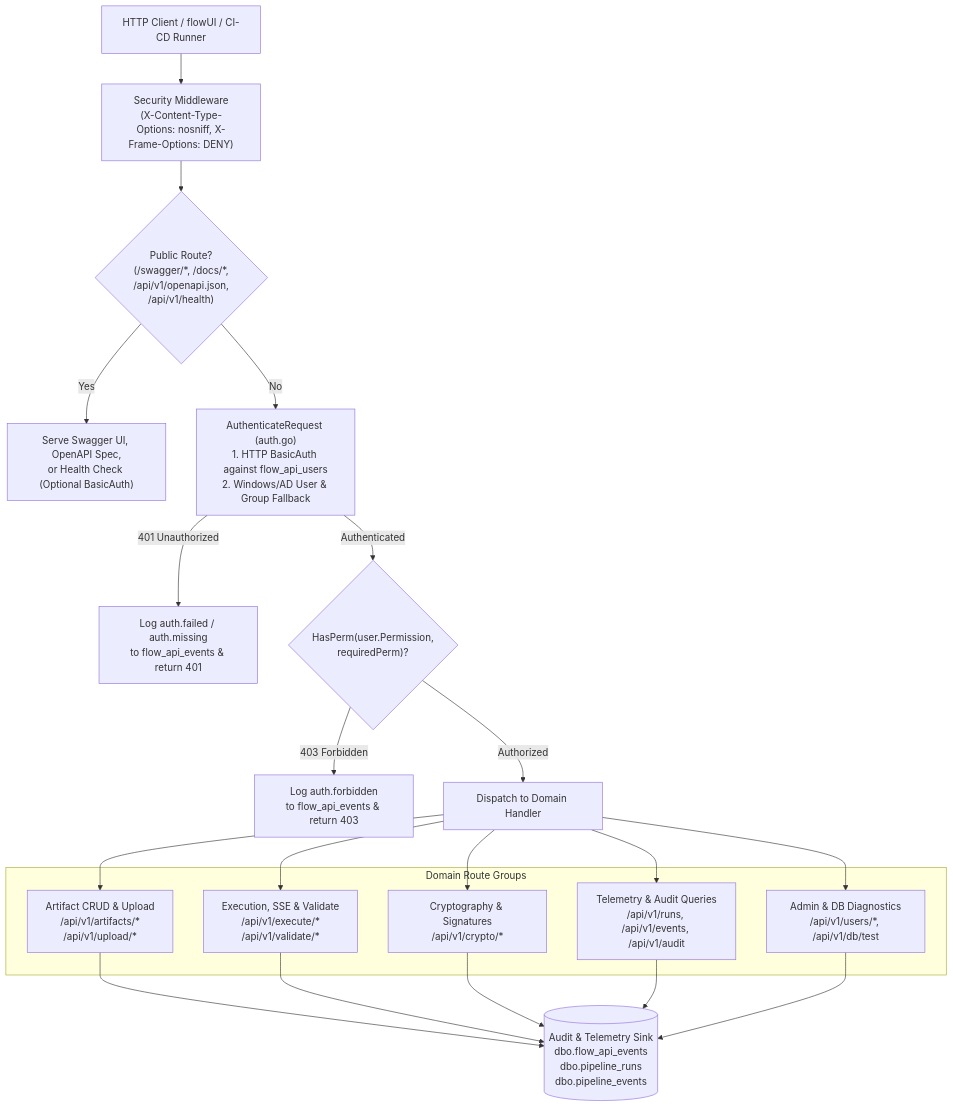
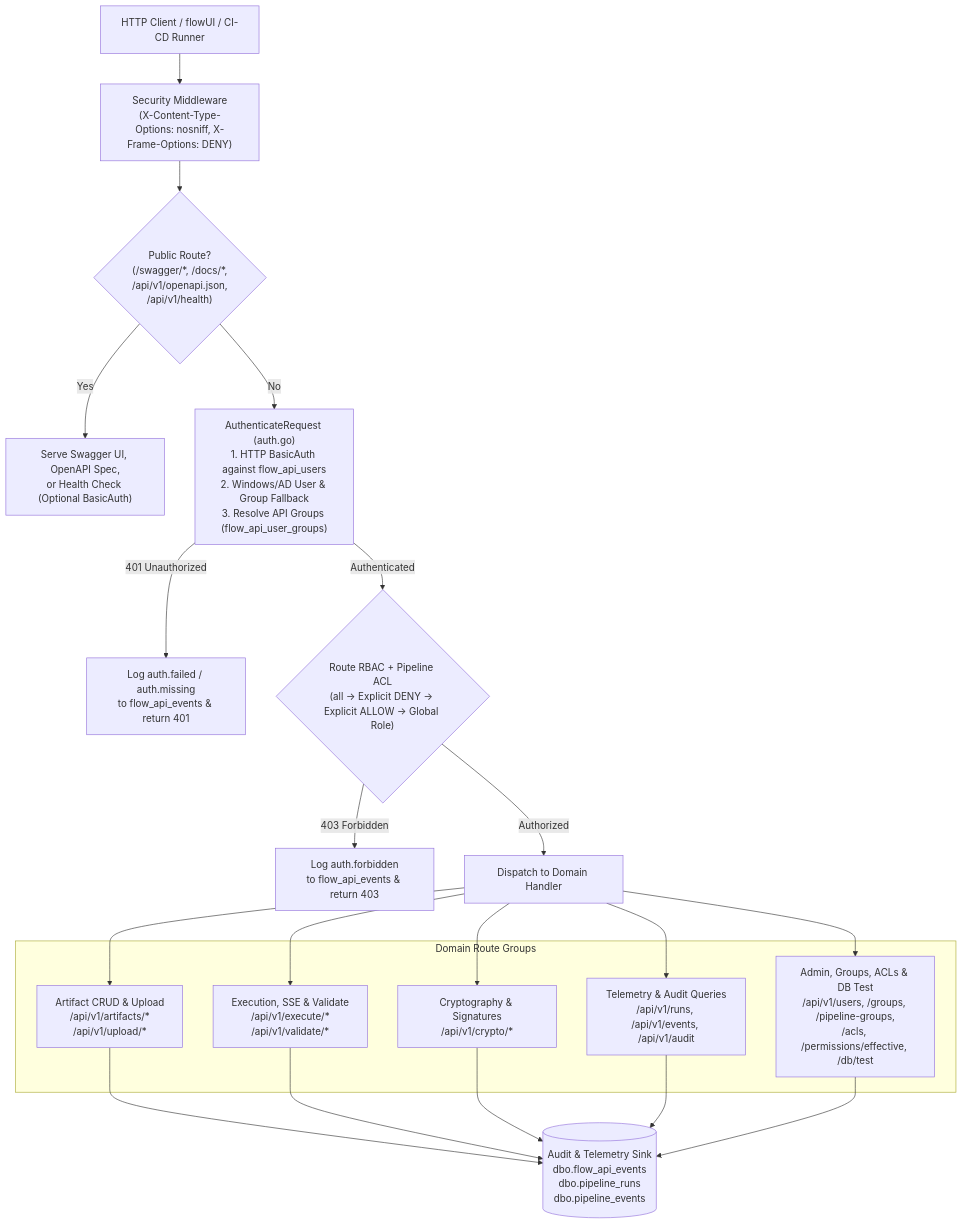
One commit to etl-madness/go-flowAPI changed the first of 6 diagrams in docs/API_ENDPOINTS_REFERENCE.md. Above: the diagram before and after it, drawn with Mermaid. The commit also changed other lines of this file and 16 other files, not shown here.

````diff
--- a/docs/API_ENDPOINTS_REFERENCE.md
+++ b/docs/API_ENDPOINTS_REFERENCE.md
@@ -34,26 +35,26 @@
 ```mermaid
 flowchart TD
     CLIENT["HTTP Client / flowUI / CI-CD Runner"] --> MW["Security Middleware<br/>(X-Content-Type-Options: nosniff, X-Frame-Options: DENY)"]
 
     MW --> PUBLIC{"Public Route?<br/>(/swagger/*, /docs/*,<br/>/api/v1/openapi.json,<br/>/api/v1/health)"}
 
     PUBLIC -->|"Yes"| H_PUB["Serve Swagger UI, OpenAPI Spec,<br/>or Health Check (Optional BasicAuth)"]
-    PUBLIC -->|"No"| AUTH["AuthenticateRequest (auth.go)<br/>1. HTTP BasicAuth against flow_api_users<br/>2. Windows/AD User &amp; Group Fallback"]
+    PUBLIC -->|"No"| AUTH["AuthenticateRequest (auth.go)<br/>1. HTTP BasicAuth against flow_api_users<br/>2. Windows/AD User &amp; Group Fallback<br/>3. Resolve API Groups (flow_api_user_groups)"]
 
     AUTH -->|"401 Unauthorized"| ERR401["Log auth.failed / auth.missing<br/>to flow_api_events &amp; return 401"]
-    AUTH -->|"Authenticated"| RBAC{"HasPerm(user.Permission,<br/>requiredPerm)?"}
+    AUTH -->|"Authenticated"| RBAC{"Route RBAC + Pipeline ACL<br/>(all -&gt; Explicit DENY -&gt; Explicit ALLOW -&gt; Global Role)"}
 
     RBAC -->|"403 Forbidden"| ERR403["Log auth.forbidden<br/>to flow_api_events &amp; return 403"]
     RBAC -->|"Authorized"| ROUTER["Dispatch to Domain Handler"]
 
     subgraph Handlers["Domain Route Groups"]
         R_ART["Artifact CRUD &amp; Upload<br/>/api/v1/artifacts/*<br/>/api/v1/upload/*"]
         R_EXEC["Execution, SSE &amp; Validate<br/>/api/v1/execute/*<br/>/api/v1/validate/*"]
         R_CRYPTO["Cryptography &amp; Signatures<br/>/api/v1/crypto/*"]
         R_LOGS["Telemetry &amp; Audit Queries<br/>/api/v1/runs, /api/v1/events, /api/v1/audit"]
-        R_ADMIN["Admin &amp; DB Diagnostics<br/>/api/v1/users/*, /api/v1/db/test"]
+        R_ADMIN["Admin, Groups, ACLs &amp; DB Test<br/>/api/v1/users, /groups, /pipeline-groups,<br/>/acls, /permissions/effective, /db/test"]
     end
 
     ROUTER --> R_ART & R_EXEC & R_CRYPTO & R_LOGS & R_ADMIN
     R_ART & R_EXEC & R_CRYPTO & R_LOGS & R_ADMIN --> AUDIT[("Audit &amp; Telemetry Sink<br/>dbo.flow_api_events<br/>dbo.pipeline_runs<br/>dbo.pipeline_events")]
 ```
````
